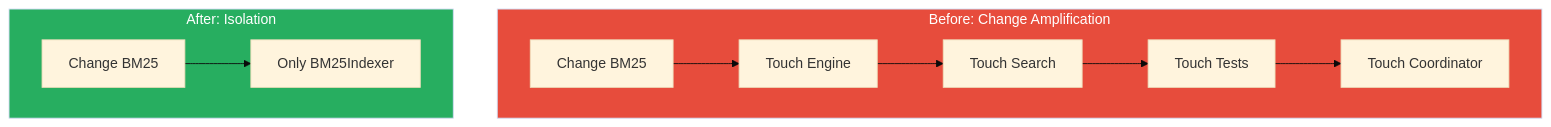
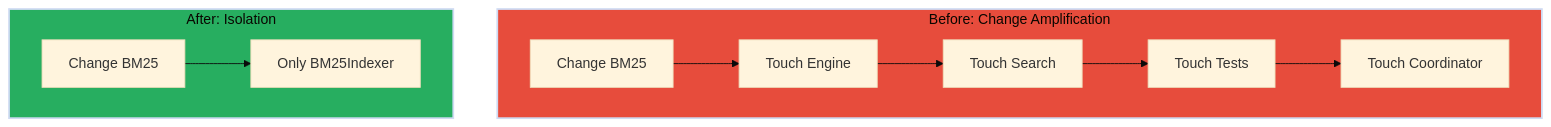
One commit to sampi02/amanmcp changed the third of 7 diagrams in docs/articles/black-box-architecture-case-study.md. Above: the diagram before and after it, drawn with Mermaid (base theme). The commit also changed other lines of this file and 59 other files, not shown here.

````diff
--- a/docs/articles/black-box-architecture-case-study.md
+++ b/docs/articles/black-box-architecture-case-study.md
@@ -123,18 +123,18 @@
 ```mermaid
 flowchart TB
     subgraph Before["Before: Change Amplification"]
         direction LR
         Change["Change BM25"] --> Touch1["Touch Engine"]
         Touch1 --> Touch2["Touch Search"]
         Touch2 --> Touch3["Touch Tests"]
         Touch3 --> Touch4["Touch Coordinator"]
     end
 
     subgraph After["After: Isolation"]
         direction LR
         Change2["Change BM25"] --> Only["Only BM25Indexer"]
     end
 
-    style Before fill:#e74c3c,color:#fff
-    style After fill:#27ae60,color:#fff
+    style Before fill:#e74c3c,stroke-width:2px
+    style After fill:#27ae60,stroke-width:2px
 ```
````
